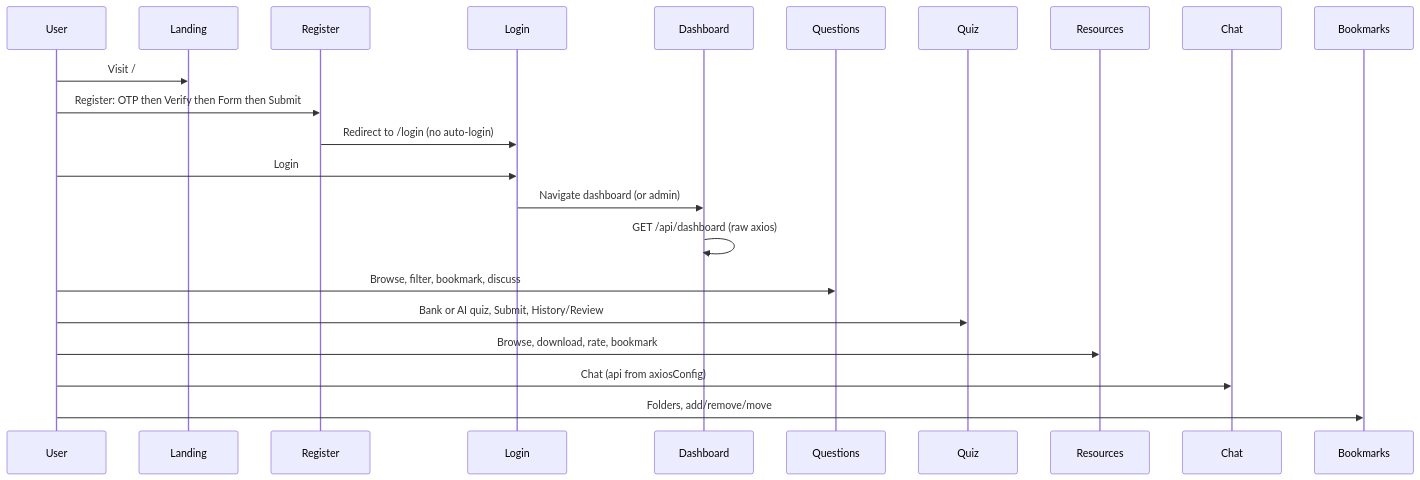
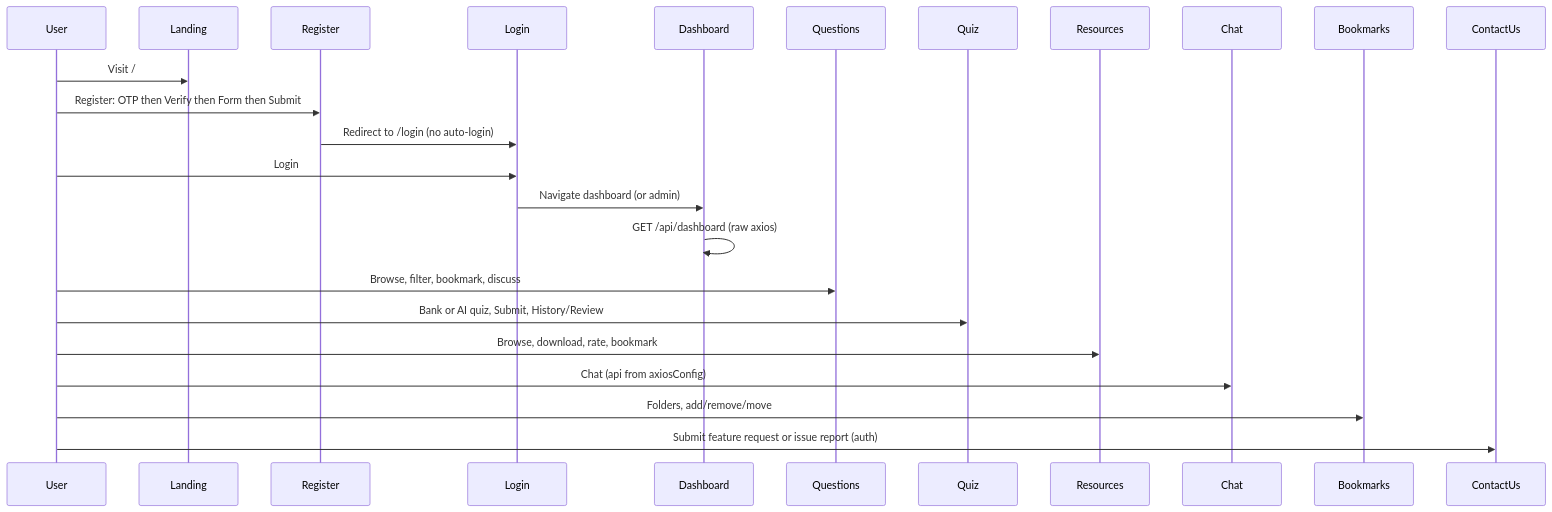
The second of 5 diagrams in README.md (TheVish04/CAprep), drawn with Mermaid before and after one commit. The commit also changed other lines of this file and 6 other files, not shown here.

````diff
--- a/README.md
+++ b/README.md
@@ -206,26 +212,28 @@
 ```mermaid
 sequenceDiagram
     participant User
     participant Landing
     participant Register
     participant Login
     participant Dashboard
     participant Questions
     participant Quiz
     participant Resources
     participant Chat
     participant Bookmarks
+    participant ContactUs
 
     User->>Landing: Visit /
     User->>Register: Register: OTP then Verify then Form then Submit
     Register->>Login: Redirect to /login (no auto-login)
     User->>Login: Login
     Login->>Dashboard: Navigate dashboard (or admin)
     Dashboard->>Dashboard: GET /api/dashboard (raw axios)
 
     User->>Questions: Browse, filter, bookmark, discuss
     User->>Quiz: Bank or AI quiz, Submit, History/Review
     User->>Resources: Browse, download, rate, bookmark
     User->>Chat: Chat (api from axiosConfig)
     User->>Bookmarks: Folders, add/remove/move
+    User->>ContactUs: Submit feature request or issue report (auth)
 ```
````
